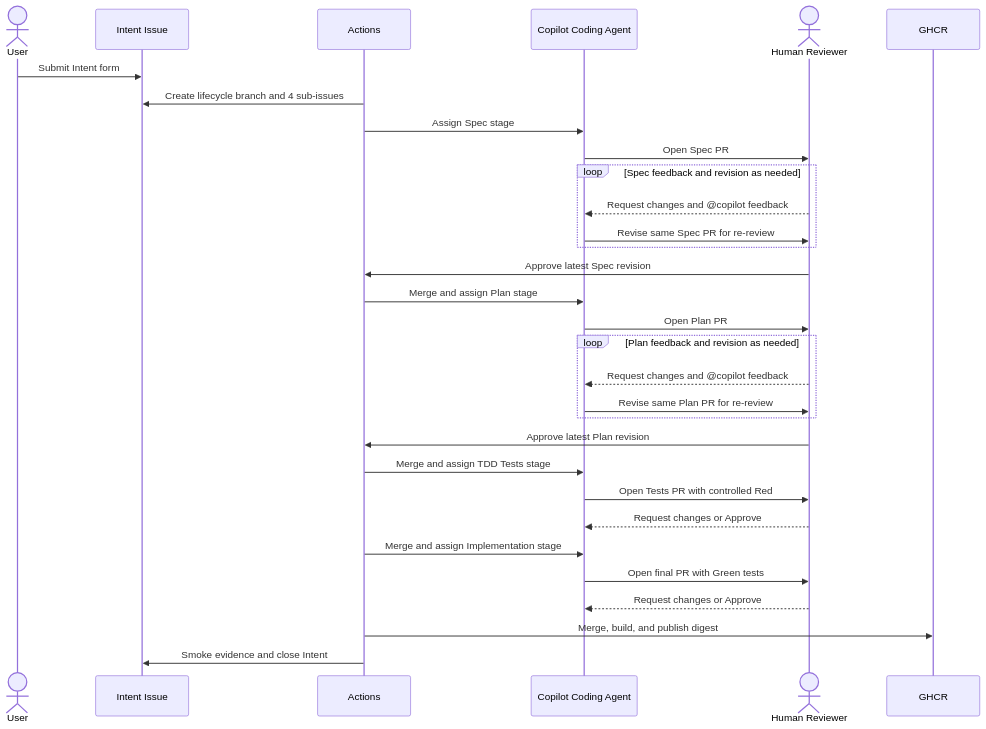
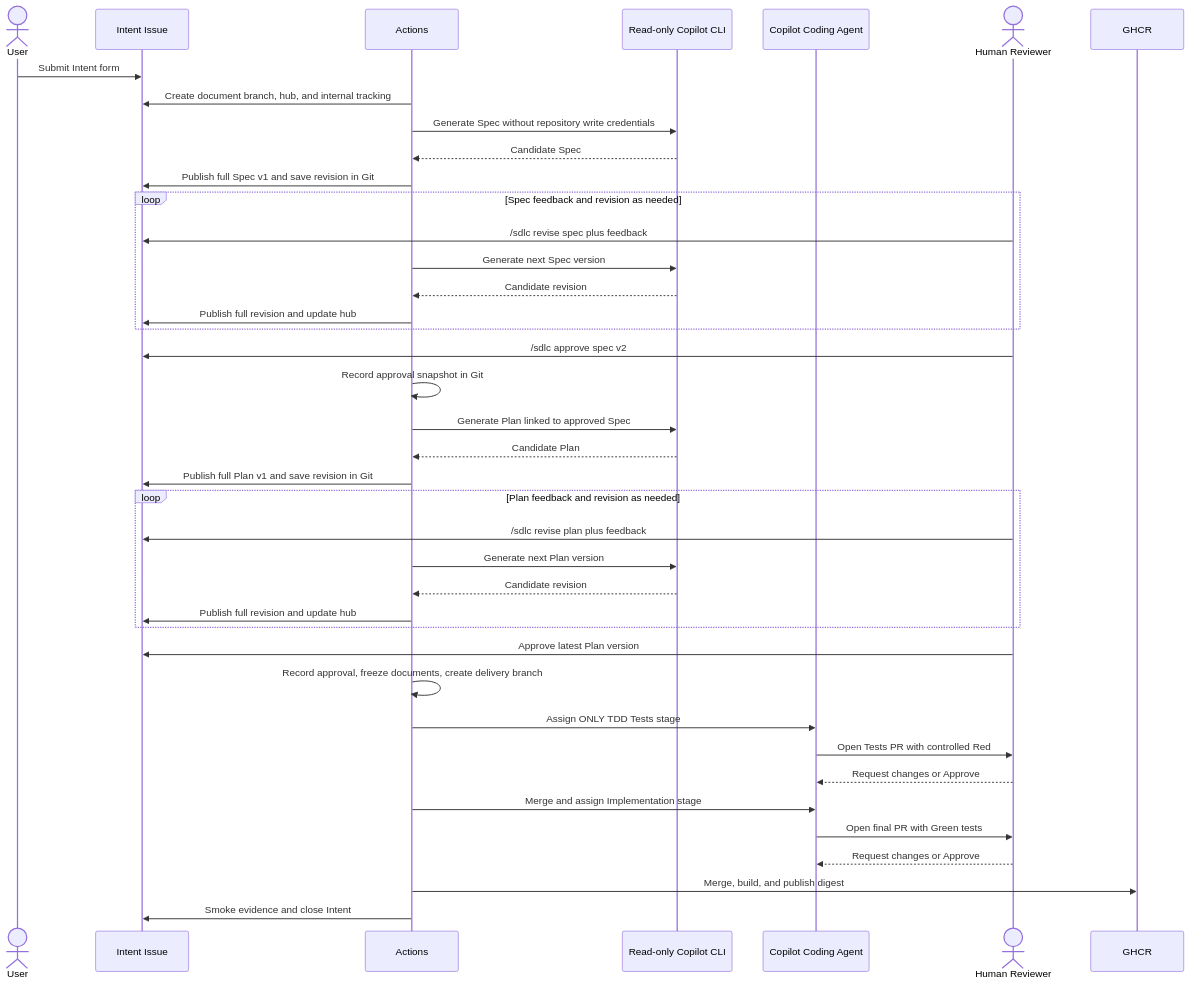
The diagram in docs/brownfield-human-gated-delivery.md (huangyingting/ai-native-sdlc), drawn with Mermaid before and after one commit. The commit also changed other lines of this file and 22 other files, not shown here.

First line of the commit message:
Add document handling workflow and tests for Brownfield delivery

````diff
--- a/docs/brownfield-human-gated-delivery.md
+++ b/docs/brownfield-human-gated-delivery.md
@@ -27,34 +34,43 @@
 ```mermaid
 sequenceDiagram
     actor User
     participant Issue as Intent Issue
     participant Actions
+    participant CLI as Read-only Copilot CLI
     participant Copilot as Copilot Coding Agent
     actor Reviewer as Human Reviewer
     participant GHCR
 
     User->>Issue: Submit Intent form
-    Actions->>Issue: Create lifecycle branch and 4 sub-issues
-    Actions->>Copilot: Assign Spec stage
-    Copilot->>Reviewer: Open Spec PR
+    Actions->>Issue: Create document branch, hub, and internal tracking
+    Actions->>CLI: Generate Spec without repository write credentials
+    CLI-->>Actions: Candidate Spec
+    Actions->>Issue: Publish full Spec v1 and save revision in Git
     loop Spec feedback and revision as needed
-        Reviewer-->>Copilot: Request changes and @copilot feedback
-        Copilot->>Reviewer: Revise same Spec PR for re-review
+        Reviewer->>Issue: /sdlc revise spec plus feedback
+        Actions->>CLI: Generate next Spec version
+        CLI-->>Actions: Candidate revision
+        Actions->>Issue: Publish full revision and update hub
     end
-    Reviewer->>Actions: Approve latest Spec revision
-    Actions->>Copilot: Merge and assign Plan stage
-    Copilot->>Reviewer: Open Plan PR
+    Reviewer->>Issue: /sdlc approve spec v2
+    Actions->>Actions: Record approval snapshot in Git
+    Actions->>CLI: Generate Plan linked to approved Spec
+    CLI-->>Actions: Candidate Plan
+    Actions->>Issue: Publish full Plan v1 and save revision in Git
     loop Plan feedback and revision as needed
-        Reviewer-->>Copilot: Request changes and @copilot feedback
-        Copilot->>Reviewer: Revise same Plan PR for re-review
+        Reviewer->>Issue: /sdlc revise plan plus feedback
+        Actions->>CLI: Generate next Plan version
+        CLI-->>Actions: Candidate revision
+        Actions->>Issue: Publish full revision and update hub
     end
-    Reviewer->>Actions: Approve latest Plan revision
-    Actions->>Copilot: Merge and assign TDD Tests stage
+    Reviewer->>Issue: Approve latest Plan version
+    Actions->>Actions: Record approval, freeze documents, create delivery branch
+    Actions->>Copilot: Assign ONLY TDD Tests stage
     Copilot->>Reviewer: Open Tests PR with controlled Red
     Reviewer-->>Copilot: Request changes or Approve
     Actions->>Copilot: Merge and assign Implementation stage
     Copilot->>Reviewer: Open final PR with Green tests
     Reviewer-->>Copilot: Request changes or Approve
     Actions->>GHCR: Merge, build, and publish digest
     Actions->>Issue: Smoke evidence and close Intent
 ```
````
